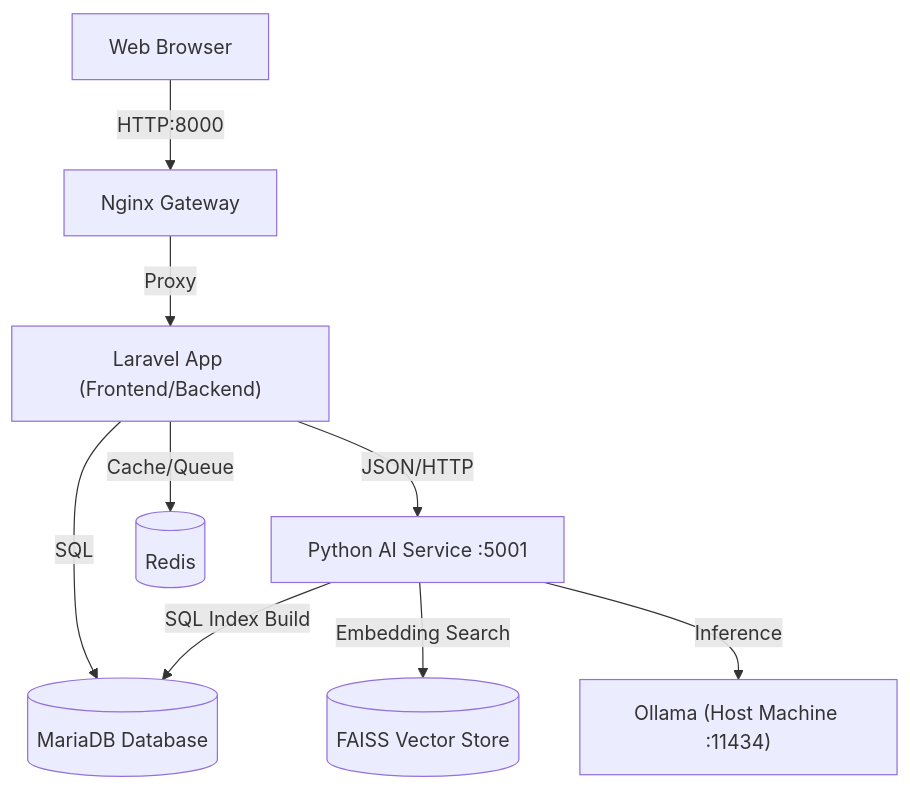
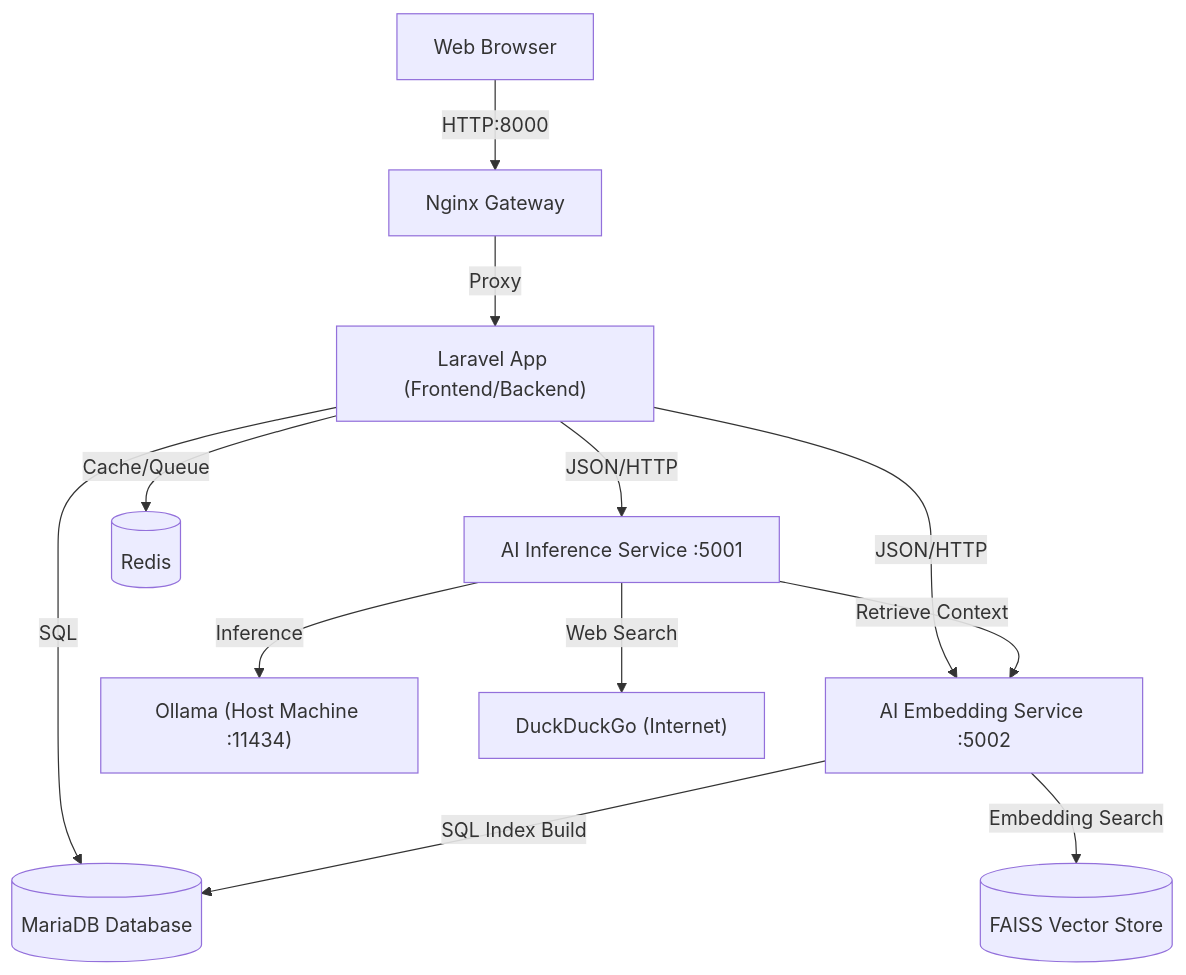
The first of 2 diagrams in README.md (abesquirrel/rephraser_project), drawn with Mermaid before and after one commit. The commit also changed other lines of this file and 20 other files, not shown here.

````diff
--- a/README.md
+++ b/README.md
@@ -11,11 +11,17 @@
 ```mermaid
 graph TD
     User["Web Browser"] -->|HTTP:8000| Nginx["Nginx Gateway"]
     Nginx -->|Proxy| Laravel["Laravel App (Frontend/Backend)"]
     Laravel -->|SQL| MariaDB[("MariaDB Database")]
-    Laravel -->|JSON/HTTP| AI["Python AI Service :5001"]
-    AI -->|Embedding Search| FAISS[("FAISS Vector Store")]
-    AI -->|Inference| Ollama["Ollama (Host Machine :11434)"]
-    AI -->|SQL Index Build| MariaDB
+    Laravel -->|JSON/HTTP| AI_Inf["AI Inference Service :5001"]
+    Laravel -->|JSON/HTTP| AI_Emb["AI Embedding Service :5002"]
+
+    AI_Emb -->|Embedding Search| FAISS[("FAISS Vector Store")]
+    AI_Emb -->|SQL Index Build| MariaDB
+
+    AI_Inf -->|Inference| Ollama["Ollama (Host Machine :11434)"]
+    AI_Inf -->|Web Search| DDG["DuckDuckGo (Internet)"]
+    AI_Inf -->|Retrieve Context| AI_Emb
+
     Laravel -->|Cache/Queue| Redis[("Redis")]
 ```
````
